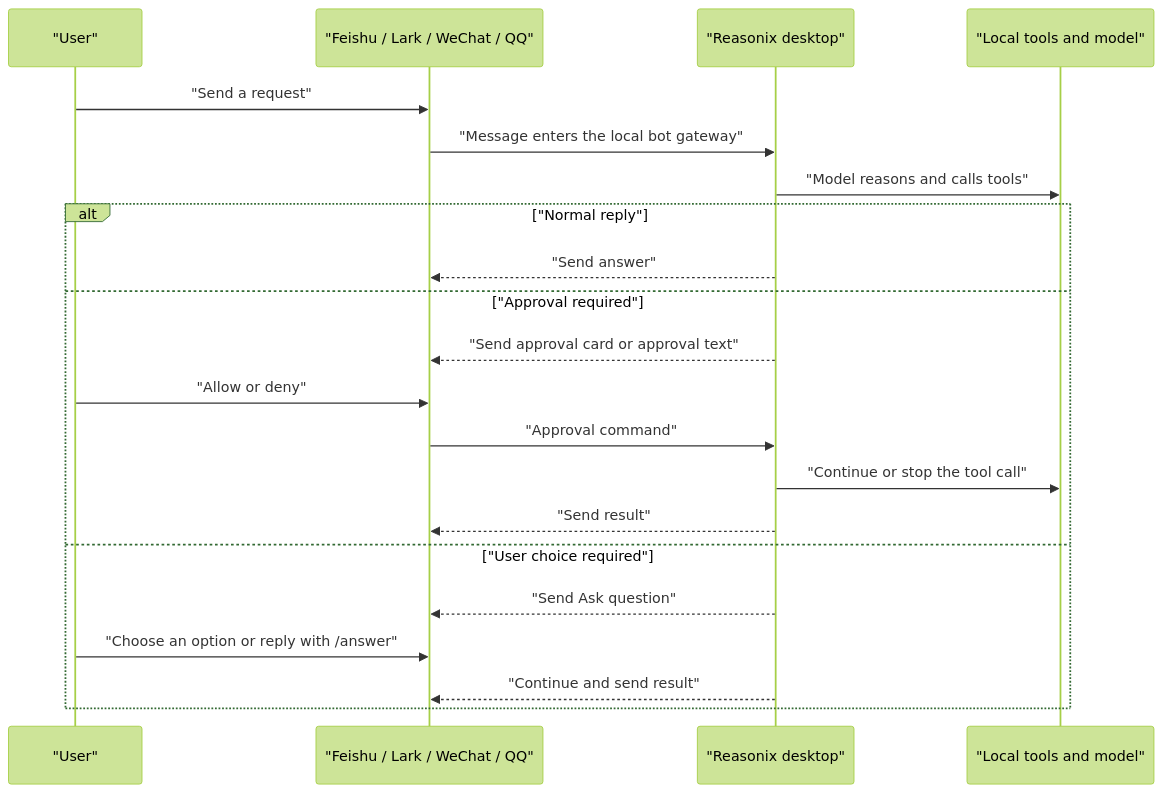
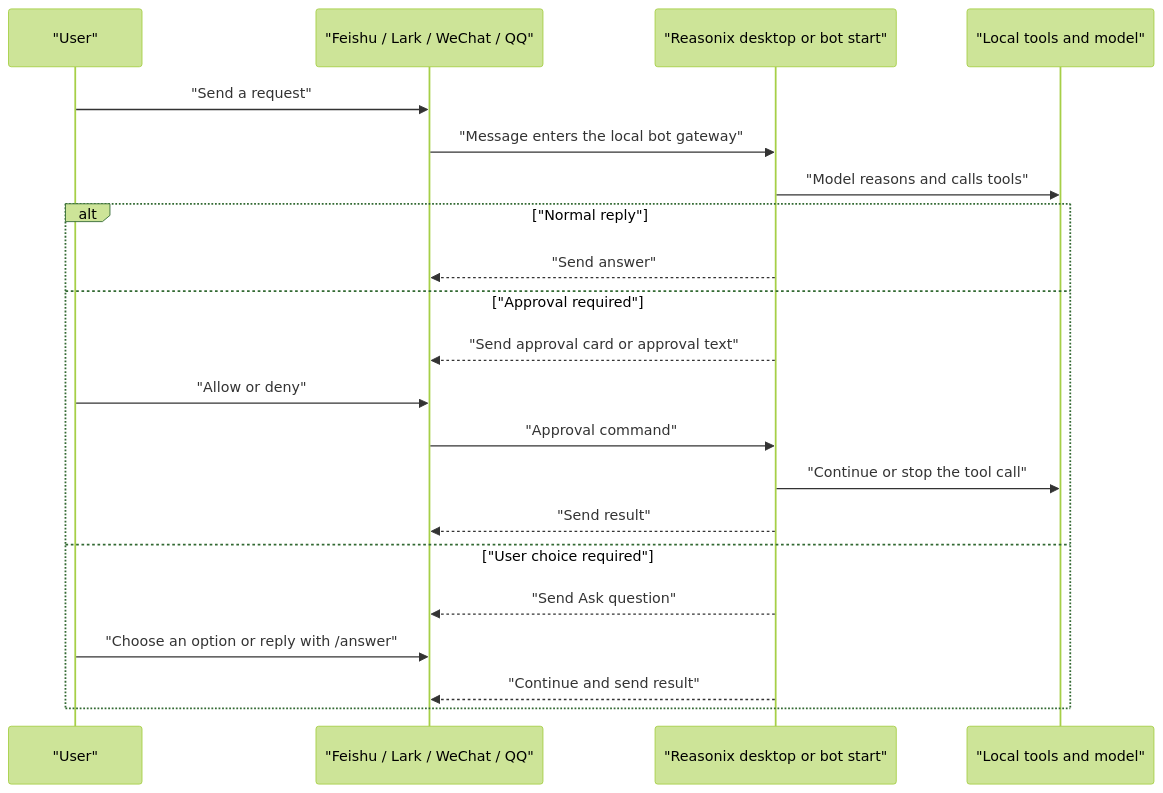
One commit to zuohuadong/volt-gui changed the second of 3 diagrams in docs/BOT_GUIDE.md. Above: the diagram before and after it, drawn with Mermaid (forest theme). The commit also changed other lines of this file and 1 other file, not shown here.

Commit message:
docs(bot): update gateway usage guide

````diff
--- a/docs/BOT_GUIDE.md
+++ b/docs/BOT_GUIDE.md
@@ -186,24 +246,24 @@
 ```mermaid
 sequenceDiagram
   participant U as "User"
   participant IM as "Feishu / Lark / WeChat / QQ"
-  participant R as "Reasonix desktop"
+  participant R as "Reasonix desktop or bot start"
   participant T as "Local tools and model"
 
   U->>IM: "Send a request"
   IM->>R: "Message enters the local bot gateway"
   R->>T: "Model reasons and calls tools"
   alt "Normal reply"
     R-->>IM: "Send answer"
   else "Approval required"
     R-->>IM: "Send approval card or approval text"
     U->>IM: "Allow or deny"
     IM->>R: "Approval command"
     R->>T: "Continue or stop the tool call"
     R-->>IM: "Send result"
   else "User choice required"
     R-->>IM: "Send Ask question"
     U->>IM: "Choose an option or reply with /answer"
     R-->>IM: "Continue and send result"
   end
 ```
````
